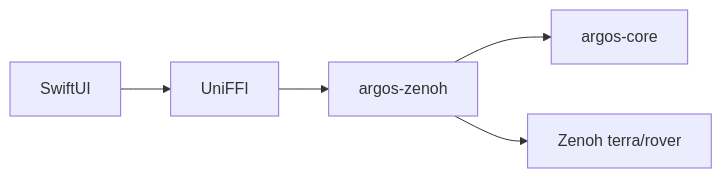
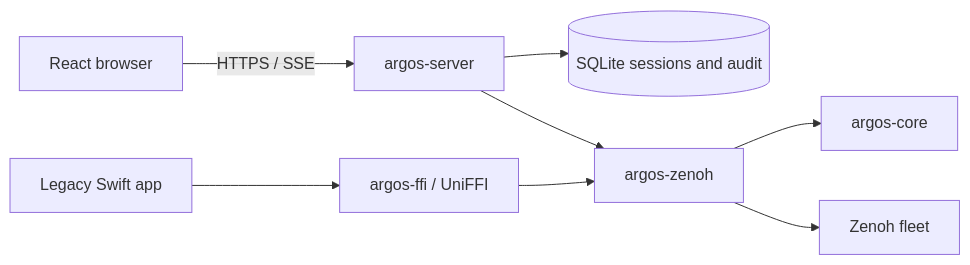
Before and after one commit to Super-Yojan/ARGOS: the diagram in docs/DESIGN.md, drawn with Mermaid. The commit also changed other lines of this file and 40 other files, not shown here.

````diff
--- a/docs/DESIGN.md
+++ b/docs/DESIGN.md
@@ -8,7 +5,9 @@
 ```mermaid
 flowchart LR
-  swift[SwiftUI] --> ffi[UniFFI]
-  ffi --> zenoh[argos-zenoh]
+  web[React browser] -->|HTTPS / SSE| service[argos-server]
+  service --> store[(SQLite sessions and audit)]
+  service --> zenoh[argos-zenoh]
   zenoh --> core[argos-core]
-  zenoh --> bus["Zenoh terra/rover"]
+  zenoh --> bus[Zenoh fleet]
+  legacy[Legacy Swift app] --> ffi[argos-ffi / UniFFI] --> zenoh
 ```
````
